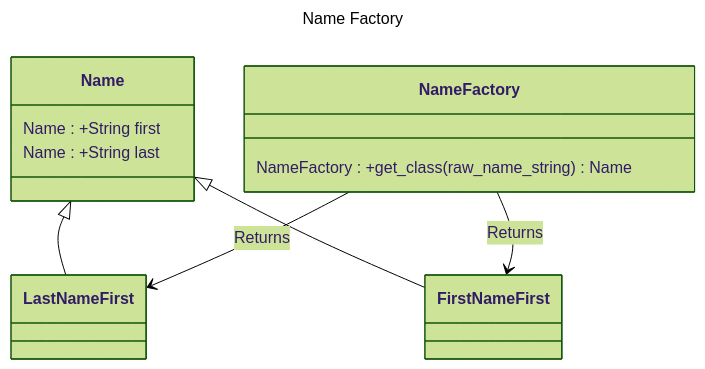
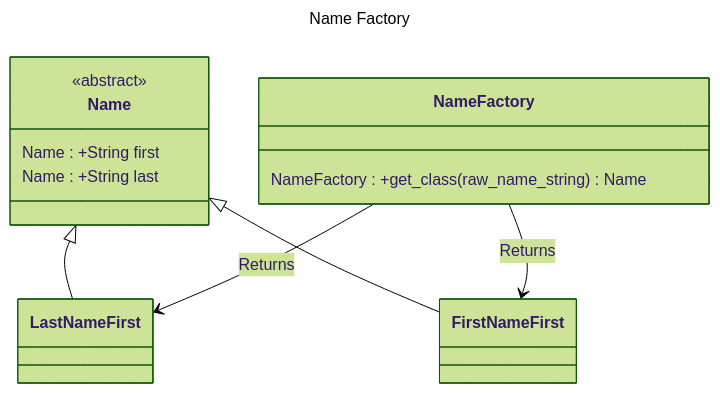
One commit to flempriere/design-patterns-with-python changed the diagram in II-Creational-Patterns/chapter-05/chapter-05.md. Above: the diagram before and after it, drawn with Mermaid (forest theme). The commit also changed 19 other files, not shown here.

````diff
--- a/II-Creational-Patterns/chapter-05/chapter-05.md
+++ b/II-Creational-Patterns/chapter-05/chapter-05.md
@@ -39,25 +39,26 @@
 ``` mermaid
 ---
 title: Name Factory
 ---
 classDiagram
 
   class Name{
+    <<abstract>>
     Name : +String first
     Name : +String last
   }
 
   class LastNameFirst
 
   class FirstNameFirst
 
   Name <|-- LastNameFirst
   Name <|-- FirstNameFirst
 
   class NameFactory{
     NameFactory : +get_class(raw_name_string) Name
   }
 
   NameFactory --> LastNameFirst : Returns
   NameFactory --> FirstNameFirst : Returns
 ```
````
